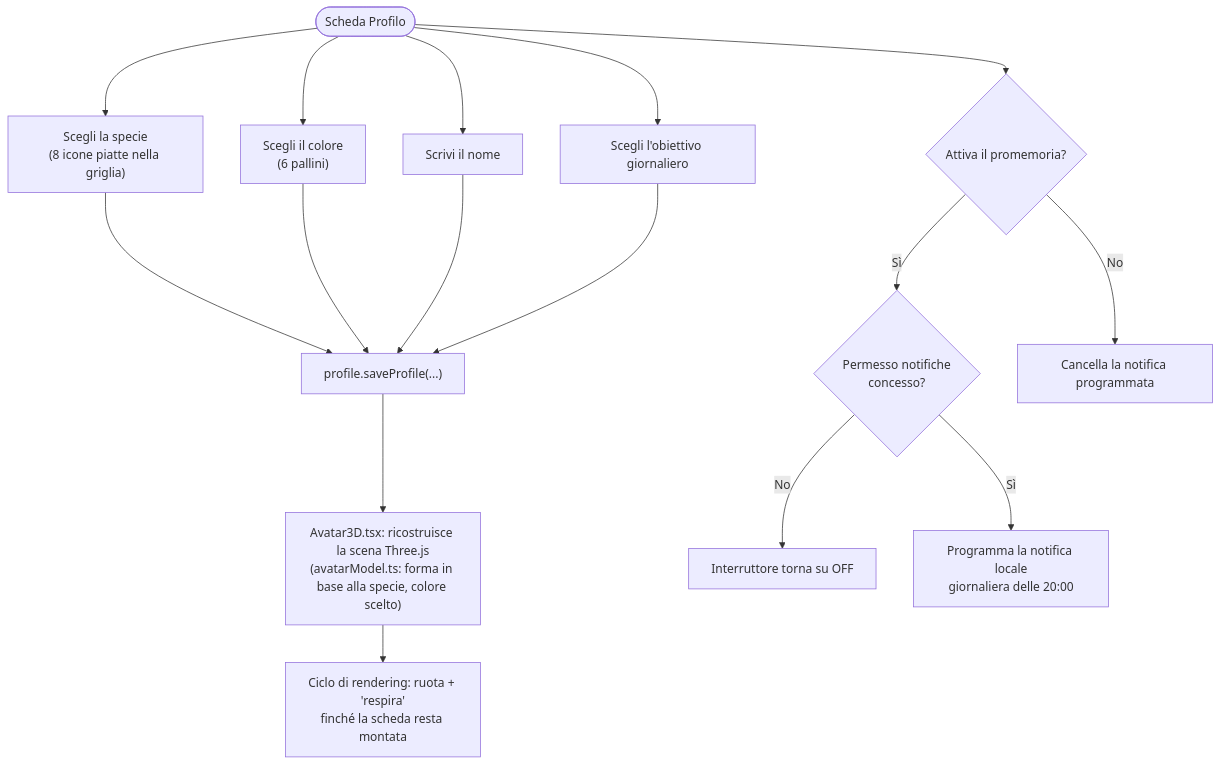
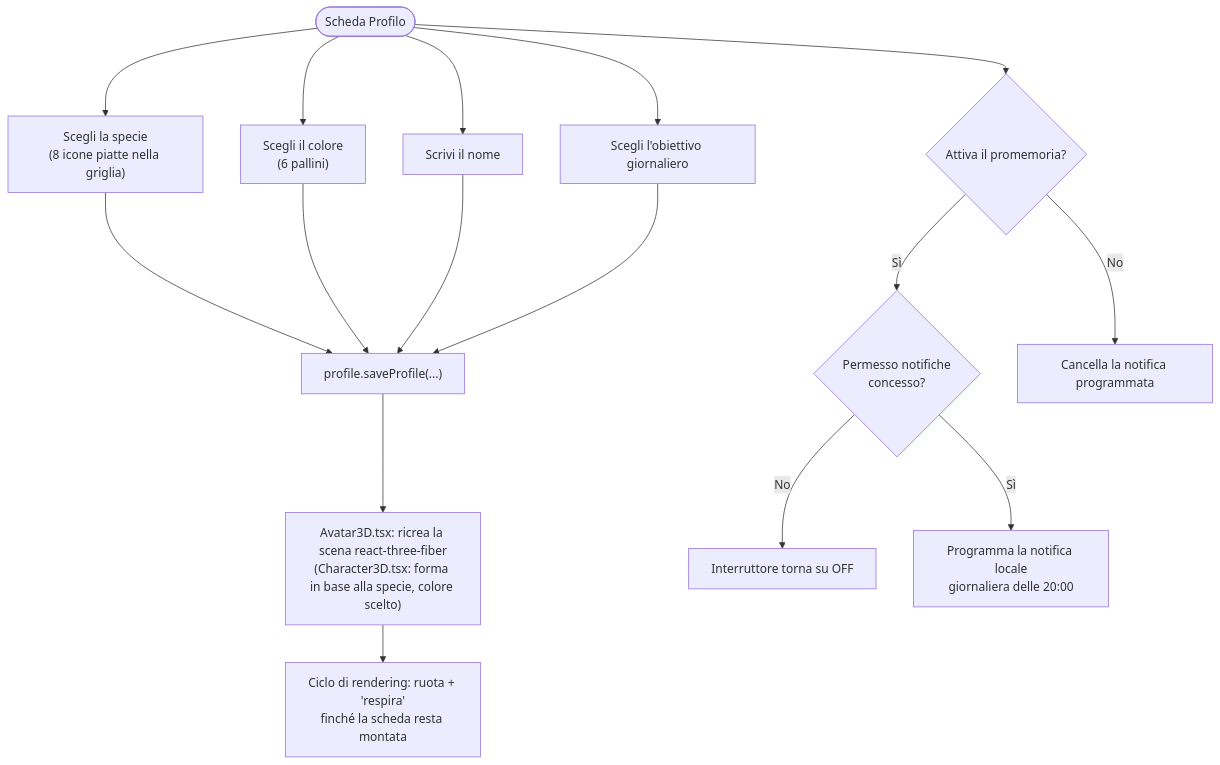
Before and after one commit to Leo-Galli/distanza-giornaliera: the fifth of 5 diagrams in FLOWCHART.md, drawn with Mermaid. The commit also changed other lines of this file and 14 other files, not shown here.

````diff
--- a/FLOWCHART.md
+++ b/FLOWCHART.md
@@ -144,20 +144,20 @@
 ```mermaid
 flowchart TD
     ProfScreen(["Scheda Profilo"]) --> PickSpecies["Scegli la specie<br/>(8 icone piatte nella griglia)"]
     ProfScreen --> PickColor["Scegli il colore<br/>(6 pallini)"]
     ProfScreen --> TypeName["Scrivi il nome"]
     PickSpecies --> SaveProfile["profile.saveProfile(...)"]
     PickColor --> SaveProfile
     TypeName --> SaveProfile
-    SaveProfile --> Render3D["Avatar3D.tsx: ricostruisce la scena Three.js<br/>(avatarModel.ts: forma in base alla specie, colore scelto)"]
+    SaveProfile --> Render3D["Avatar3D.tsx: ricrea la scena react-three-fiber<br/>(Character3D.tsx: forma in base alla specie, colore scelto)"]
     Render3D --> Spin["Ciclo di rendering: ruota + 'respira'<br/>finché la scheda resta montata"]
 
     ProfScreen --> PickGoal["Scegli l'obiettivo giornaliero"]
     PickGoal --> SaveProfile
 
     ProfScreen --> ToggleNotif{"Attiva il promemoria?"}
     ToggleNotif -- Sì --> AskPerm{"Permesso notifiche<br/>concesso?"}
     AskPerm -- No --> Revert["Interruttore torna su OFF"]
     AskPerm -- Sì --> Schedule["Programma la notifica locale<br/>giornaliera delle 20:00"]
     ToggleNotif -- No --> Cancel["Cancella la notifica programmata"]
 ```
````
